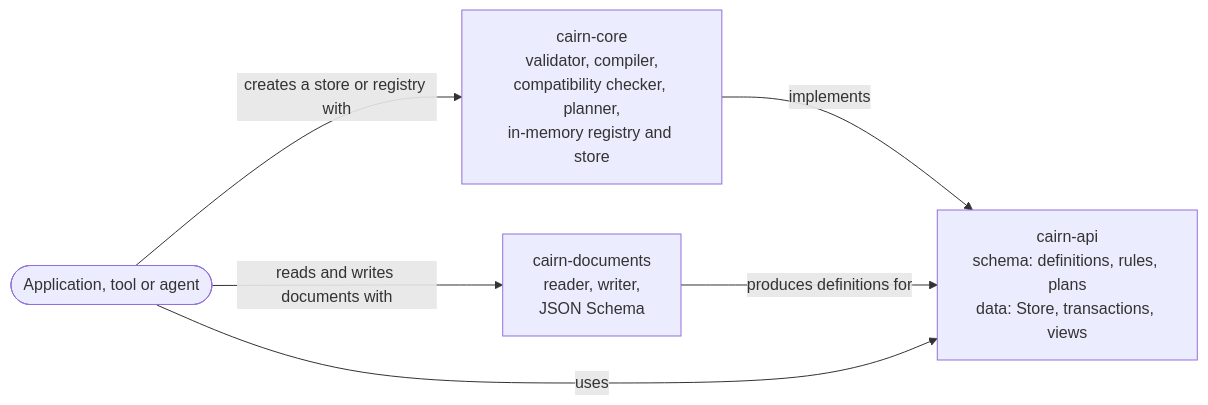
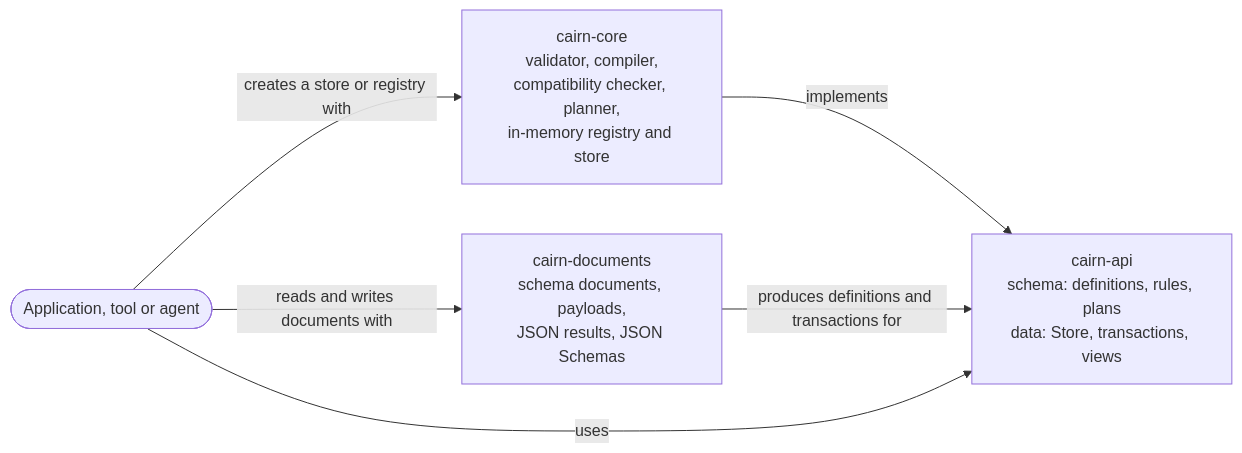
The second of 3 diagrams in docs/architecture/README.md (enricoag1982/Cairn), drawn with Mermaid before and after one commit. The commit also changed other lines of this file and 28 other files, not shown here.

First line of the commit message:
feat: write results as JSON and generate JSON Schemas for payloads

````diff
--- a/docs/architecture/README.md
+++ b/docs/architecture/README.md
@@ -72,8 +72,8 @@
 ```mermaid
 flowchart LR
     core[cairn-core<br/>validator, compiler,<br/>compatibility checker, planner,<br/>in-memory registry and store] -->|implements| api[cairn-api<br/>schema: definitions, rules, plans<br/>data: Store, transactions, views]
-    docs[cairn-documents<br/>reader, writer,<br/>JSON Schema] -->|produces definitions for| api
+    docs[cairn-documents<br/>schema documents, payloads,<br/>JSON results, JSON Schemas] -->|produces definitions and transactions for| api
     app([Application, tool or agent]) -->|uses| api
     app -->|creates a store or registry with| core
     app -->|reads and writes documents with| docs
 ```
````
